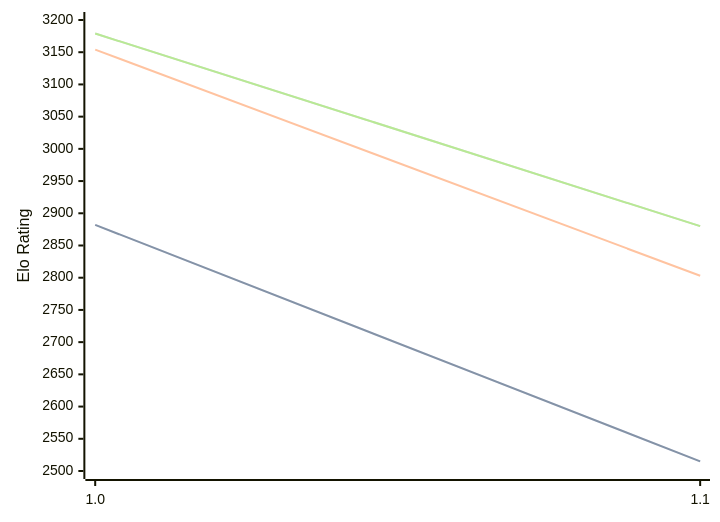
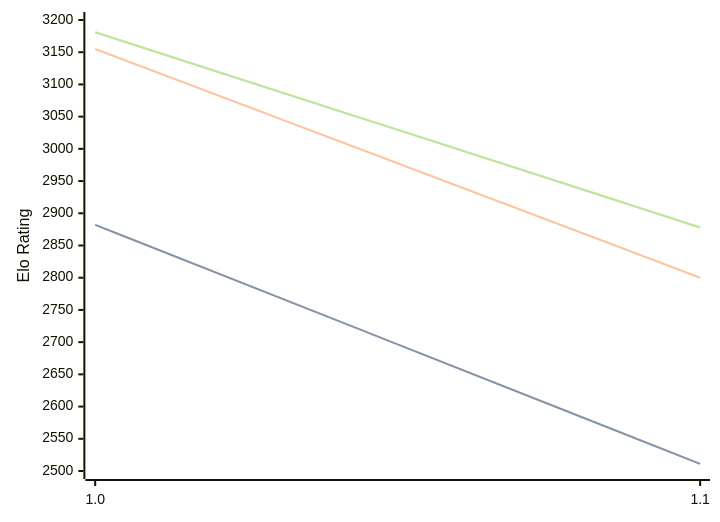
Before and after one commit to computer-chess-index/cci: the diagram in engines/Publius.md, drawn with Mermaid. The commit also changed other lines of this file, not shown here.

Commit message:
Update CCI Ratings (ELO VLTC) - 2026-05-04

````diff
--- a/engines/Publius.md
+++ b/engines/Publius.md
@@ -32,11 +32,11 @@
 ```mermaid
 %%{init: {"theme":"base","themeVariables":{"seriesColors:['#a3a3a3','#222221','#faa371']}}}%%
 xychart-beta
   x-axis ["1.0", "1.1"]
   y-axis "Elo Rating" 2500 --> 3200
-  line "STC (8.0+0.08s)" [2882, 2515]
-  line "STC (8.0+0.08s)" [2882, 2515]
-  line "LTC (60.0+0.60s)" [3154, 2803]
-  line "VLTC (2m24s+1.12s)" [3179, 2880]
-  line "VLTC (2m24s+1.12s)" [3179, 2880]
+  line "STC (8.0+0.08s)" [2882, 2511]
+  line "STC (8.0+0.08s)" [2882, 2511]
+  line "LTC (60.0+0.60s)" [3155, 2800]
+  line "VLTC (2m24s+1.12s)" [3181, 2878]
+  line "VLTC (2m24s+1.12s)" [3181, 2878]
 ```
````
